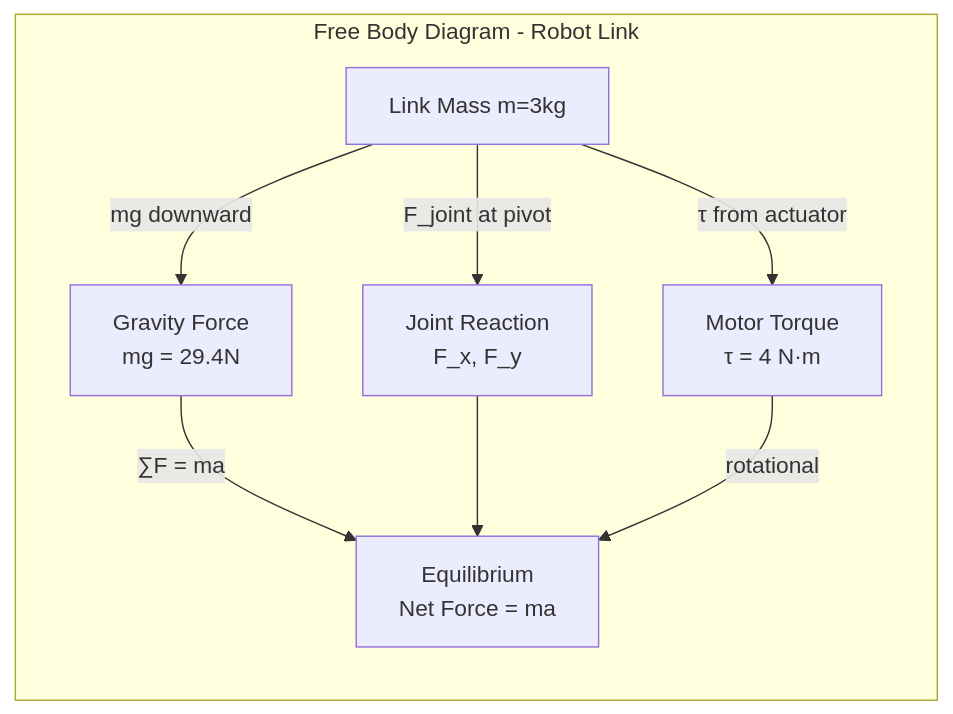
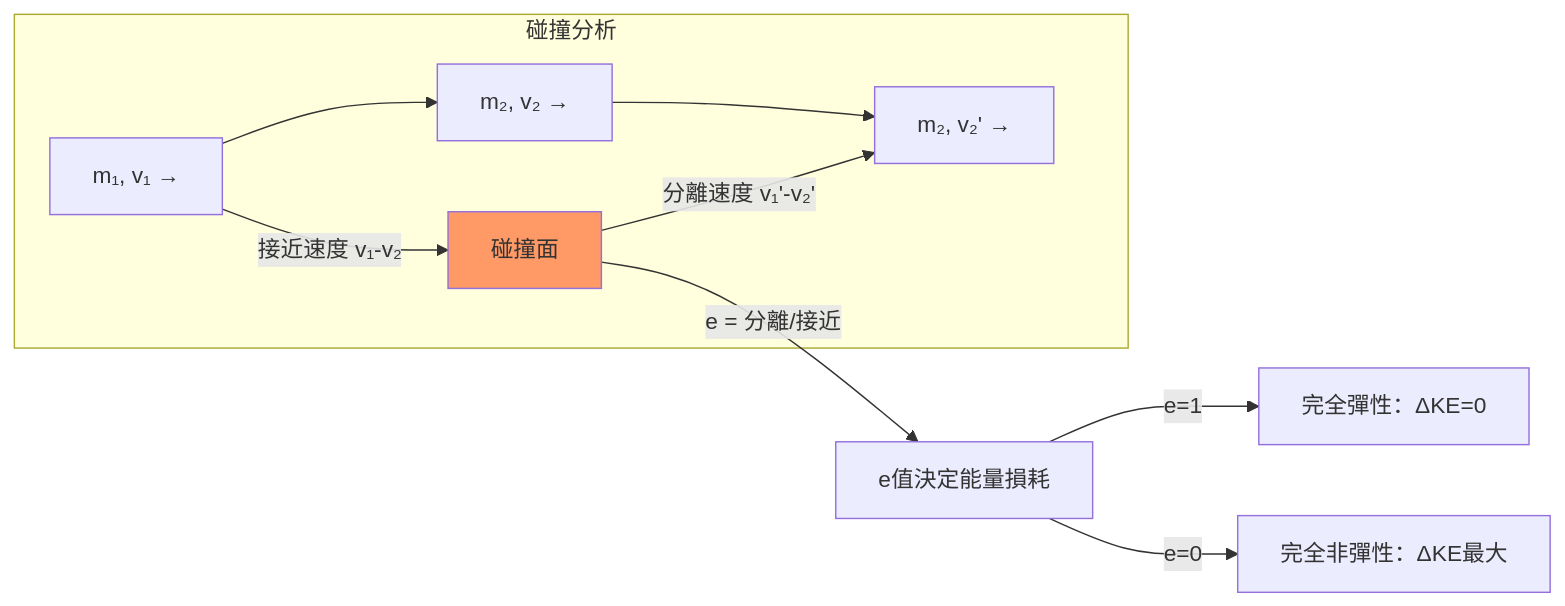
The second of 5 diagrams in mae-cuhk/courses/major-required/MAEG2020.md (yip-lgtm/mech-Eng-Bootcamp), drawn with Mermaid before and after one commit. The commit also changed other lines of this file and 35 other files, not shown here.

````diff
--- a/mae-cuhk/courses/major-required/MAEG2020.md
+++ b/mae-cuhk/courses/major-required/MAEG2020.md
@@ -124,11 +432,13 @@
 ```mermaid
 graph LR
-    subgraph "Free Body Diagram - Robot Link"
-        L["Link Mass m=3kg"] -->|"mg downward"| G["Gravity Force<br/>mg = 29.4N"]
-        L -->|"F_joint at pivot"| J["Joint Reaction<br/>F_x, F_y"]
-        L -->|"τ from actuator"| T["Motor Torque<br/>τ = 4 N·m"]
-        G -->|"∑F = ma"| E["Equilibrium<br/>Net Force = ma"]
-        J --> E
-        T -->|"rotational"| E
+    subgraph 碰撞分析
+        A["m₁, v₁ →"] -->|"接近速度 v₁-v₂"| B["碰撞面"]
+        B -->|"分離速度 v₁'-v₂'"| C["m₁, v₁' →"]
+        A --> D["m₂, v₂ →"]
+        D --> C["m₂, v₂' →"]
     end
+    B -->|"e = 分離/接近"| E["e值決定能量損耗"]
+    E -->|e=1| F["完全彈性：ΔKE=0"]
+    E -->|e=0| G["完全非彈性：ΔKE最大"]
+    style B fill:#f96
 ```
````
